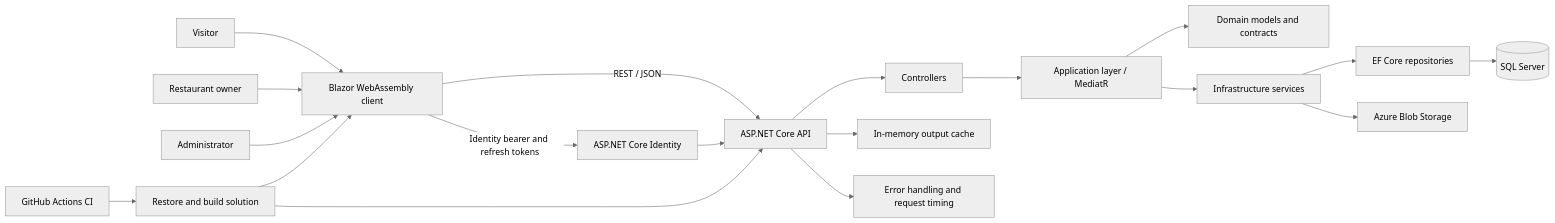
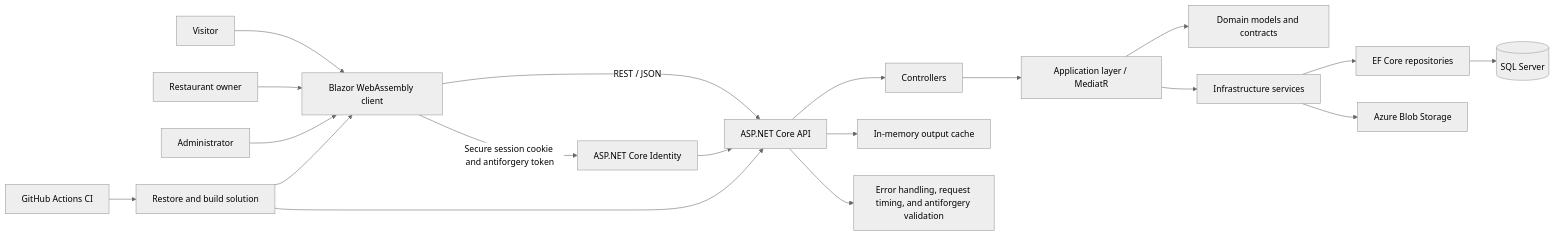
Before and after one commit to look-96/LocalEats: the diagram in README.md, drawn with Mermaid (neutral theme). The commit also changed other lines of this file and 21 other files, not shown here.

````diff
--- a/README.md
+++ b/README.md
@@ -36,25 +37,25 @@
 ```mermaid
 flowchart LR
     Visitor[Visitor] --> Client[Blazor WebAssembly client]
     Owner[Restaurant owner] --> Client
     Admin[Administrator] --> Client
 
     Client -->|REST / JSON| API[ASP.NET Core API]
-    Client -->|Identity bearer and refresh tokens| Identity[ASP.NET Core Identity]
+    Client -->|Secure session cookie and antiforgery token| Identity[ASP.NET Core Identity]
     Identity --> API
 
     API --> Controllers[Controllers]
     Controllers --> App[Application layer / MediatR]
     App --> Domain[Domain models and contracts]
     App --> Infra[Infrastructure services]
     Infra --> EF[EF Core repositories]
     EF --> SQL[(SQL Server)]
     Infra --> Blob[Azure Blob Storage]
 
     API --> Cache[In-memory output cache]
-    API --> Middleware[Error handling and request timing]
+    API --> Middleware[Error handling, request timing, and antiforgery validation]
 
     GitHub[GitHub Actions CI] --> Build[Restore and build solution]
     Build --> API
     Build --> Client
 ```
````
